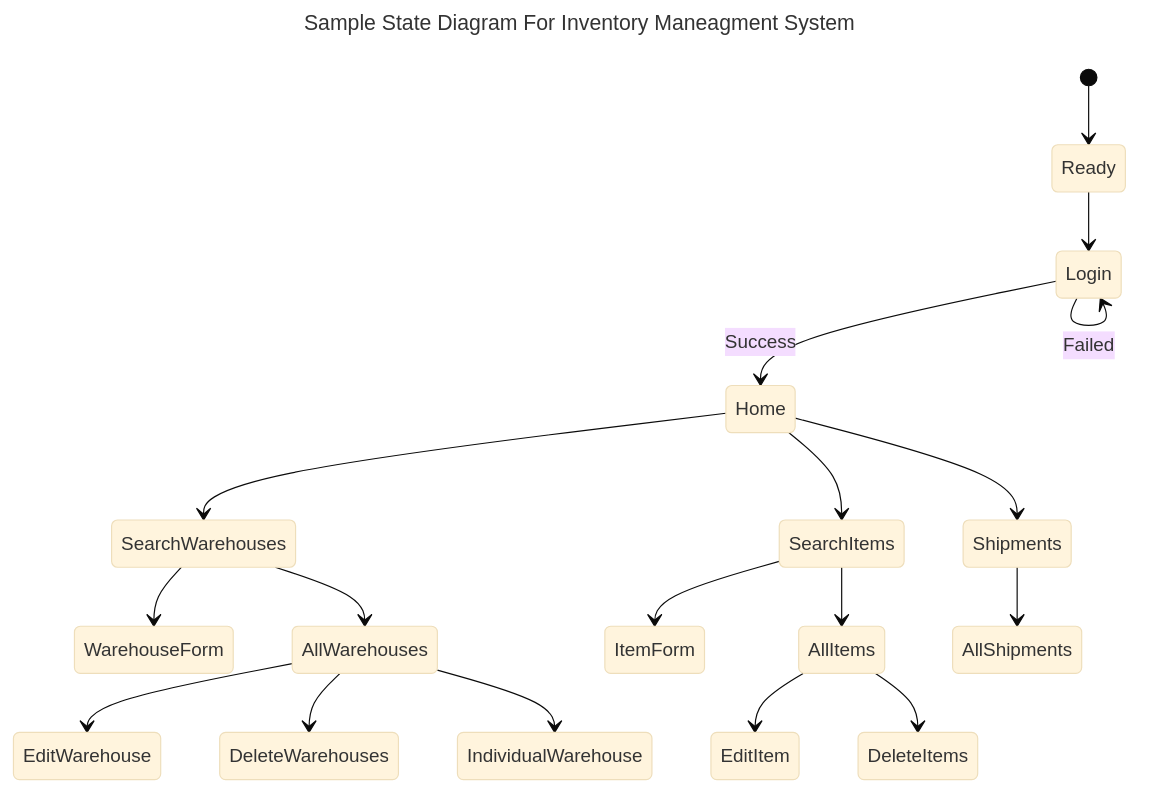
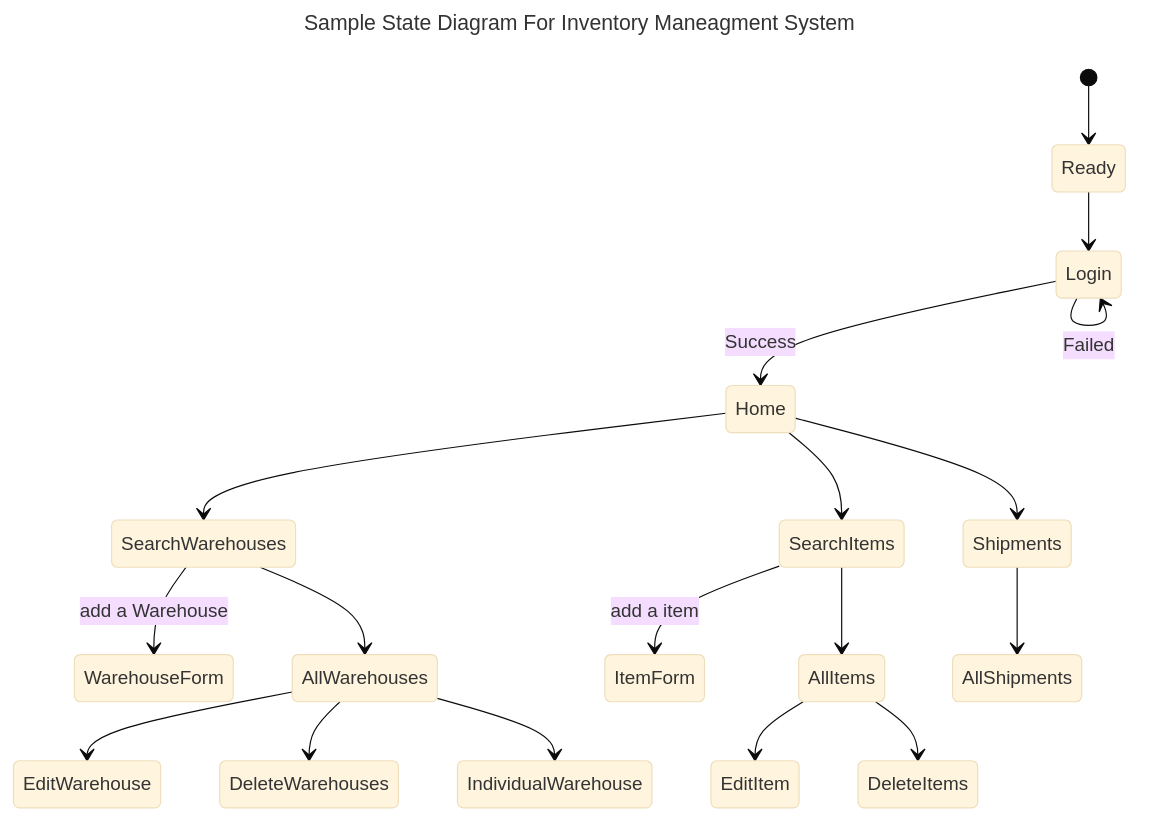
Before and after one commit to vincent-li-1/StockSync: the fifth of 6 diagrams in requirements_specifications.md, drawn with Mermaid (base theme).

````diff
--- a/requirements_specifications.md
+++ b/requirements_specifications.md
@@ -286,25 +286,25 @@
 ```mermaid
 ---
 title: Sample State Diagram For Inventory Maneagment System
 ---
 stateDiagram
     [*] --> Ready
     Ready --> Login
     Login --> Home : Success
     Login --> Login : Failed
     Home --> SearchWarehouses
-    SearchWarehouses --> WarehouseForm
+    SearchWarehouses --> WarehouseForm: add a Warehouse
     SearchWarehouses --> AllWarehouses
     AllWarehouses --> EditWarehouse
     AllWarehouses --> DeleteWarehouses
     AllWarehouses --> IndividualWarehouse
     Home --> SearchItems
-    SearchItems --> ItemForm
+    SearchItems --> ItemForm: add a item
     SearchItems --> AllItems
     AllItems --> EditItem
     AllItems --> DeleteItems
     Home --> Shipments
     Shipments --> AllShipments
 
     
 ```
````
